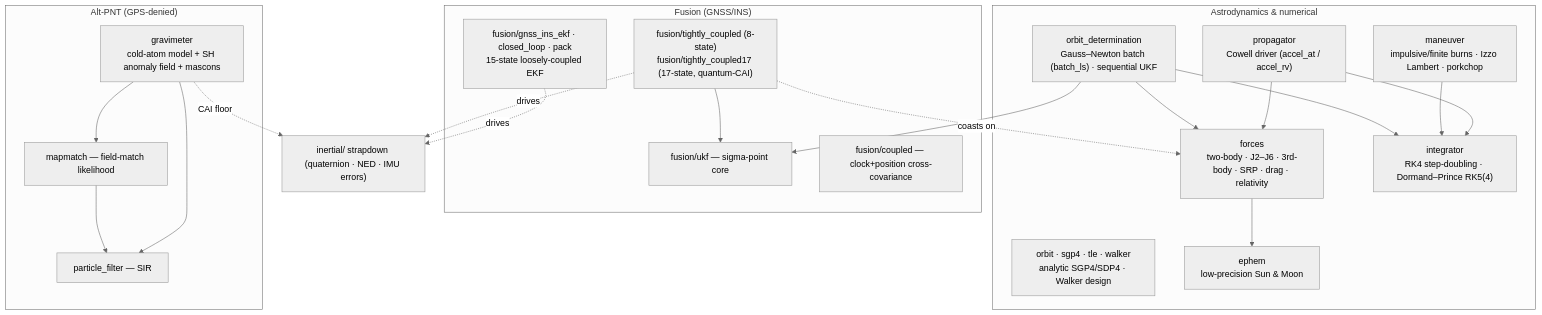
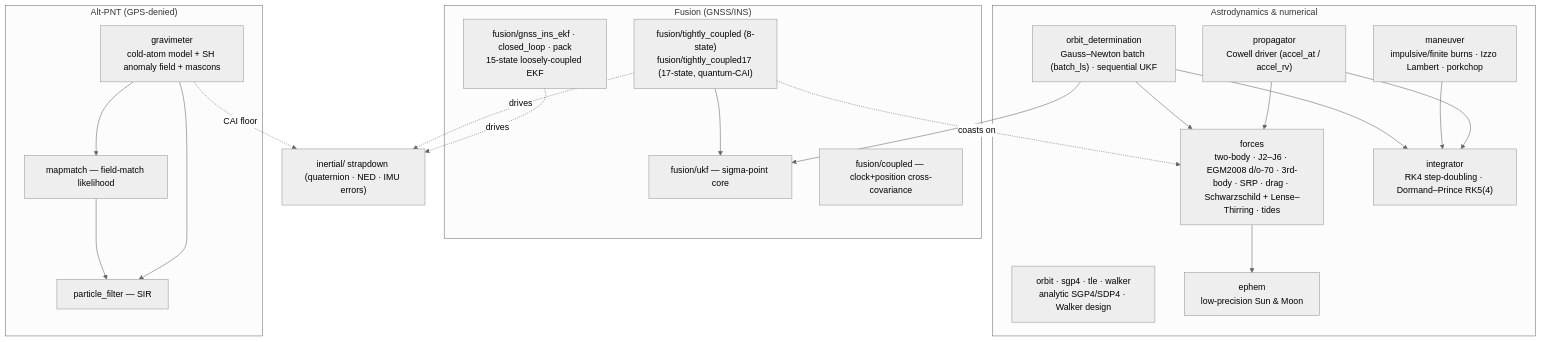
The second of 7 diagrams in docs/ARCHITECTURE.md (ashfordeOU/kshana), drawn with Mermaid (neutral theme) before and after one commit. The commit also changed other lines of this file and 2 other files, not shown here.

````diff
--- a/docs/ARCHITECTURE.md
+++ b/docs/ARCHITECTURE.md
@@ -112,38 +117,38 @@
 ```mermaid
 flowchart TD
     subgraph astro["Astrodynamics & numerical"]
       orbit2["orbit · sgp4 · tle · walker<br/>analytic SGP4/SDP4 · Walker design"]
       prop["propagator<br/>Cowell driver (accel_at / accel_rv)"]
-      forces["forces<br/>two-body · J2–J6 · 3rd-body · SRP · drag · relativity"]
+      forces["forces<br/>two-body · J2–J6 · EGM2008 d/o-70 · 3rd-body · SRP · drag · Schwarzschild + Lense–Thirring · tides"]
       integ["integrator<br/>RK4 step-doubling · Dormand–Prince RK5(4)"]
       ephem["ephem<br/>low-precision Sun & Moon"]
       man["maneuver<br/>impulsive/finite burns · Izzo Lambert · porkchop"]
       od["orbit_determination<br/>Gauss–Newton batch (batch_ls) · sequential UKF"]
     end
     subgraph fusion["Fusion (GNSS/INS)"]
       ekf["fusion/gnss_ins_ekf · closed_loop · pack<br/>15-state loosely-coupled EKF"]
       tc["fusion/tightly_coupled (8-state)<br/>fusion/tightly_coupled17 (17-state, quantum-CAI)"]
       ukf["fusion/ukf — sigma-point core"]
       coup["fusion/coupled — clock+position cross-covariance"]
     end
     subgraph alt["Alt-PNT (GPS-denied)"]
       grav["gravimeter<br/>cold-atom model + SH anomaly field + mascons"]
       pf["particle_filter — SIR"]
       mm["mapmatch — field-match likelihood"]
     end
     prop --> forces
     prop --> integ
     forces --> ephem
     man --> integ
     od --> forces
     od --> integ
     od --> ukf
     tc --> ukf
     tc -. coasts on .-> forces
     grav --> pf
     mm --> pf
     grav --> mm
     ekf -. drives .-> strap["inertial/ strapdown (quaternion · NED · IMU errors)"]
     tc -. drives .-> strap
     grav -. CAI floor .-> strap
 ```
````
